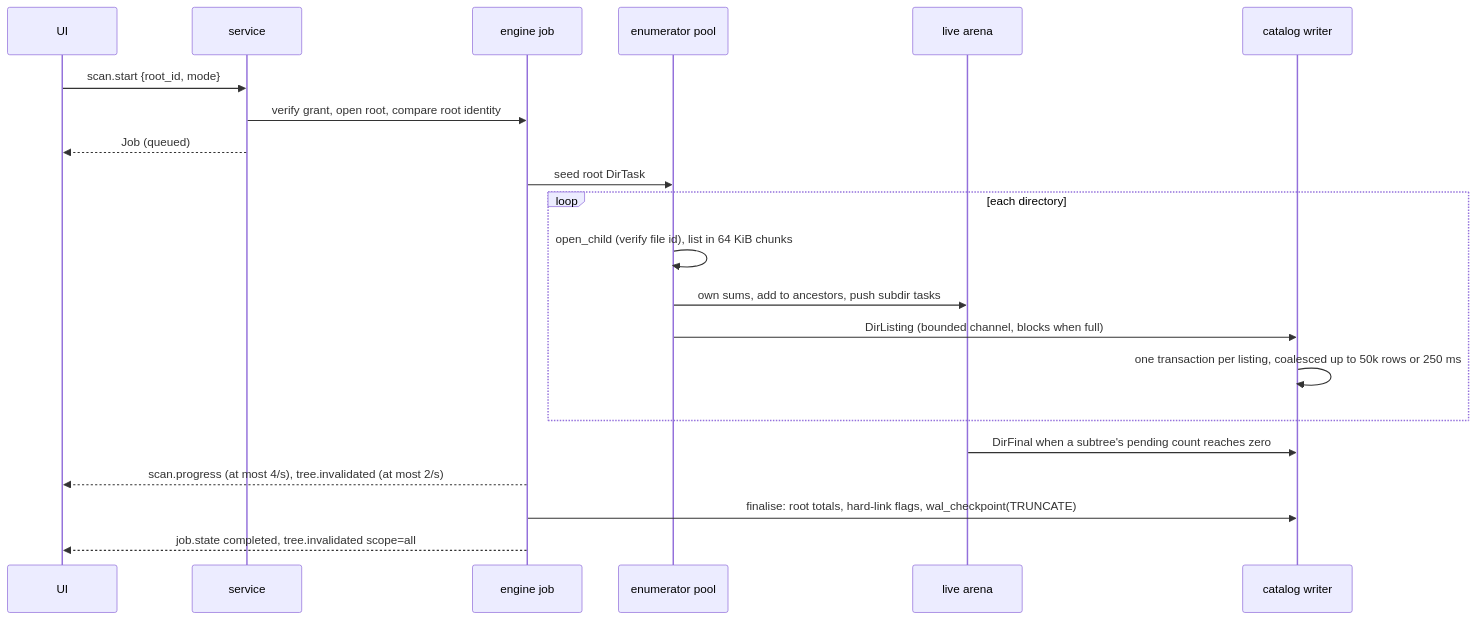
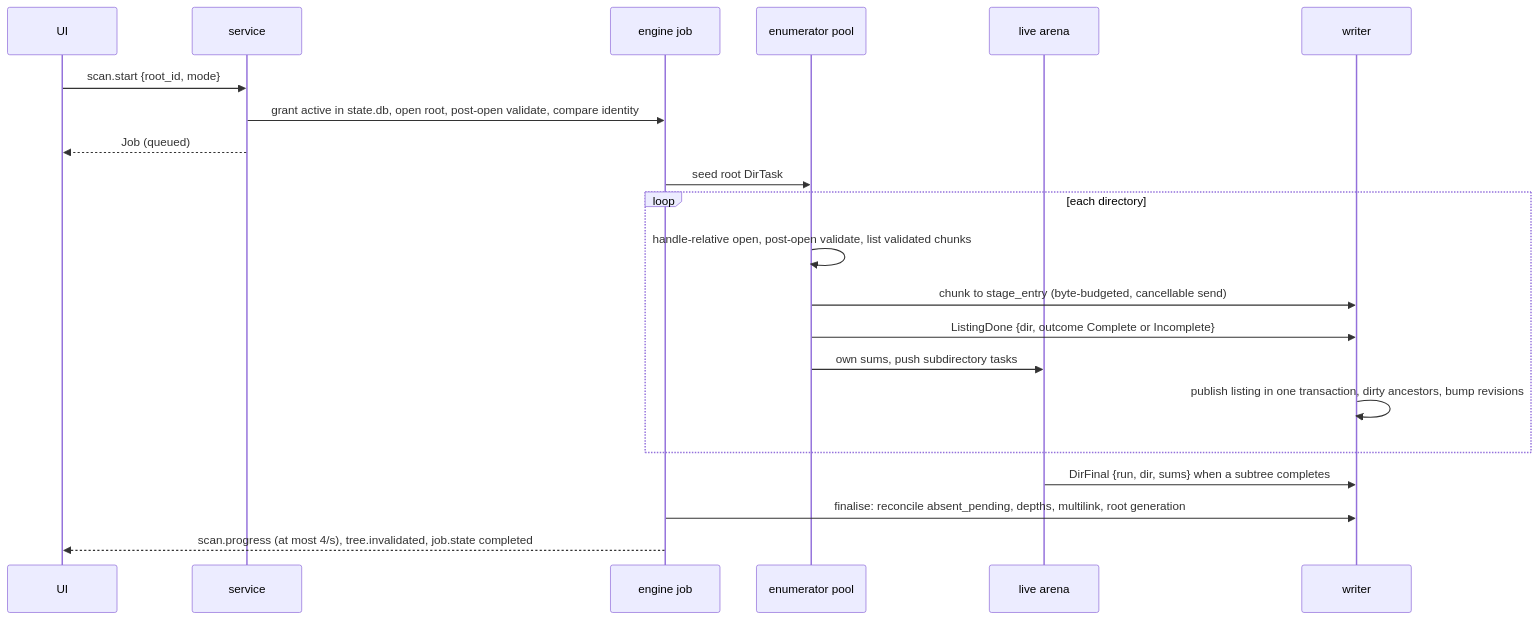
The fourth of 5 diagrams in docs/41-v03-architecture.md (Chris0Jeky/Loomward), drawn with Mermaid before and after one commit. The commit also changed other lines of this file and 5 other files, not shown here.

First line of the commit message:
docs(architecture): revision 2 after the cross-vendor review (all 26 findings dispositioned)

````diff
--- a/docs/41-v03-architecture.md
+++ b/docs/41-v03-architecture.md
@@ -449,23 +548,23 @@
 ```mermaid
 sequenceDiagram
   participant UI
   participant Svc as service
   participant Job as engine job
   participant Enum as enumerator pool
   participant Arena as live arena
-  participant W as catalog writer
+  participant W as writer
   UI->>Svc: scan.start {root_id, mode}
-  Svc->>Job: verify grant, open root, compare root identity
+  Svc->>Job: grant active in state.db, open root, post-open validate, compare identity
   Svc-->>UI: Job (queued)
   Job->>Enum: seed root DirTask
   loop each directory
-    Enum->>Enum: open_child (verify file id), list in 64 KiB chunks
-    Enum->>Arena: own sums, add to ancestors, push subdir tasks
-    Enum->>W: DirListing (bounded channel, blocks when full)
-    W->>W: one transaction per listing, coalesced up to 50k rows or 250 ms
+    Enum->>Enum: handle-relative open, post-open validate, list validated chunks
+    Enum->>W: chunk to stage_entry (byte-budgeted, cancellable send)
+    Enum->>W: ListingDone {dir, outcome Complete or Incomplete}
+    Enum->>Arena: own sums, push subdirectory tasks
+    W->>W: publish listing in one transaction, dirty ancestors, bump revisions
   end
-  Arena->>W: DirFinal when a subtree's pending count reaches zero
-  Job-->>UI: scan.progress (at most 4/s), tree.invalidated (at most 2/s)
-  Job->>W: finalise: root totals, hard-link flags, wal_checkpoint(TRUNCATE)
-  Job-->>UI: job.state completed, tree.invalidated scope=all
+  Arena->>W: DirFinal {run, dir, sums} when a subtree completes
+  Job->>W: finalise: reconcile absent_pending, depths, multilink, root generation
+  Job-->>UI: scan.progress (at most 4/s), tree.invalidated, job.state completed
 ```
````
